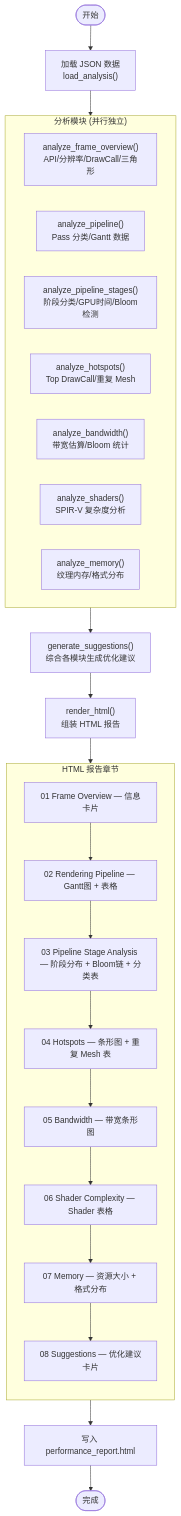
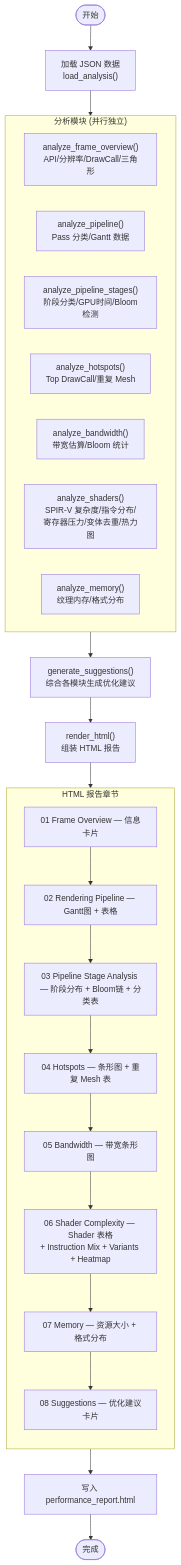
The third of 7 diagrams in docs/flowchart.md (sherererlock/RdcAnalyze), drawn with Mermaid before and after one commit. The commit also changed other lines of this file and 6 other files, not shown here.

````diff
--- a/docs/flowchart.md
+++ b/docs/flowchart.md
@@ -87,37 +87,37 @@
 ```mermaid
 flowchart TD
     START([开始]) --> LOAD["加载 JSON 数据<br/>load_analysis()"]
 
     LOAD --> ANALYSIS
 
     subgraph ANALYSIS ["分析模块 (并行独立)"]
         direction LR
         A1["analyze_frame_overview()<br/>API/分辨率/DrawCall/三角形"]
         A2["analyze_pipeline()<br/>Pass 分类/Gantt 数据"]
         A2b["analyze_pipeline_stages()<br/>阶段分类/GPU时间/Bloom检测"]
         A3["analyze_hotspots()<br/>Top DrawCall/重复 Mesh"]
         A4["analyze_bandwidth()<br/>带宽估算/Bloom 统计"]
-        A5["analyze_shaders()<br/>SPIR-V 复杂度分析"]
+        A5["analyze_shaders()<br/>SPIR-V 复杂度/指令分布/<br/>寄存器压力/变体去重/热力图"]
         A6["analyze_memory()<br/>纹理内存/格式分布"]
     end
 
     ANALYSIS --> SUGGEST["generate_suggestions()<br/>综合各模块生成优化建议"]
     SUGGEST --> RENDER["render_html()<br/>组装 HTML 报告"]
 
     subgraph RENDER_SECTIONS ["HTML 报告章节"]
         direction TB
         H1["01 Frame Overview — 信息卡片"]
         H2["02 Rendering Pipeline — Gantt图 + 表格"]
         H2b["03 Pipeline Stage Analysis — 阶段分布 + Bloom链 + 分类表"]
         H3["04 Hotspots — 条形图 + 重复 Mesh 表"]
         H4["05 Bandwidth — 带宽条形图"]
-        H5["06 Shader Complexity — Shader 表格"]
+        H5["06 Shader Complexity — Shader 表格<br/>+ Instruction Mix + Variants + Heatmap"]
         H6["07 Memory — 资源大小 + 格式分布"]
         H7["08 Suggestions — 优化建议卡片"]
         H1 --> H2 --> H2b --> H3 --> H4 --> H5 --> H6 --> H7
     end
 
     RENDER --> RENDER_SECTIONS
     RENDER_SECTIONS --> WRITE["写入 performance_report.html"]
     WRITE --> DONE([完成])
 ```
````
